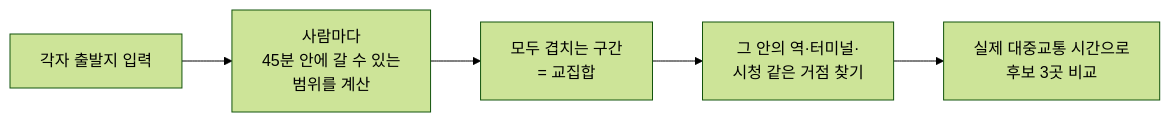
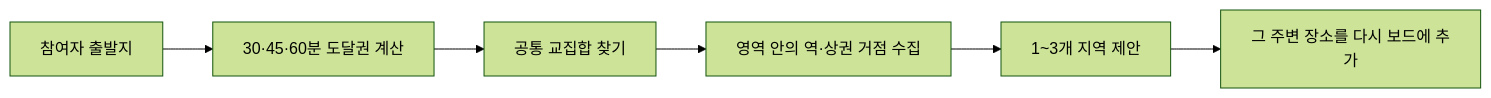
One commit to 2026-Siheung-SW-Bootcamp-Team-D/docs changed the second of 2 diagrams in specs/기능요약.md. Above: the diagram before and after it, drawn with Mermaid (forest theme). The commit also changed other lines of this file and 6 other files, not shown here.

````diff
--- a/specs/기능요약.md
+++ b/specs/기능요약.md
@@ -98,7 +85,8 @@
 ```mermaid
 flowchart LR
-    A["각자 출발지 입력"] --> B["사람마다<br/>45분 안에 갈 수 있는<br/>범위를 계산"]
-    B --> C["모두 겹치는 구간<br/>= 교집합"]
-    C --> D["그 안의 역·터미널·<br/>시청 같은 거점 찾기"]
-    D --> E["실제 대중교통 시간으로<br/>후보 3곳 비교"]
+    A["참여자 출발지"] --> B["30·45·60분 도달권 계산"]
+    B --> C["공통 교집합 찾기"]
+    C --> D["영역 안의 역·상권 거점 수집"]
+    D --> E["1~3개 지역 제안"]
+    E --> F["그 주변 장소를 다시 보드에 추가"]
 ```
````
